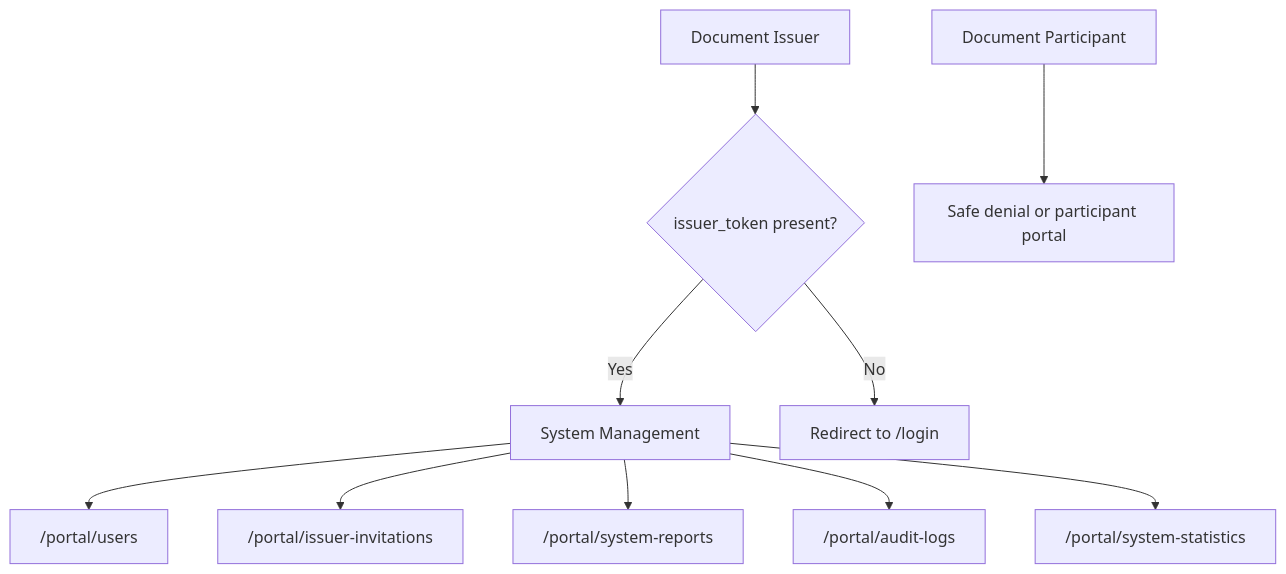
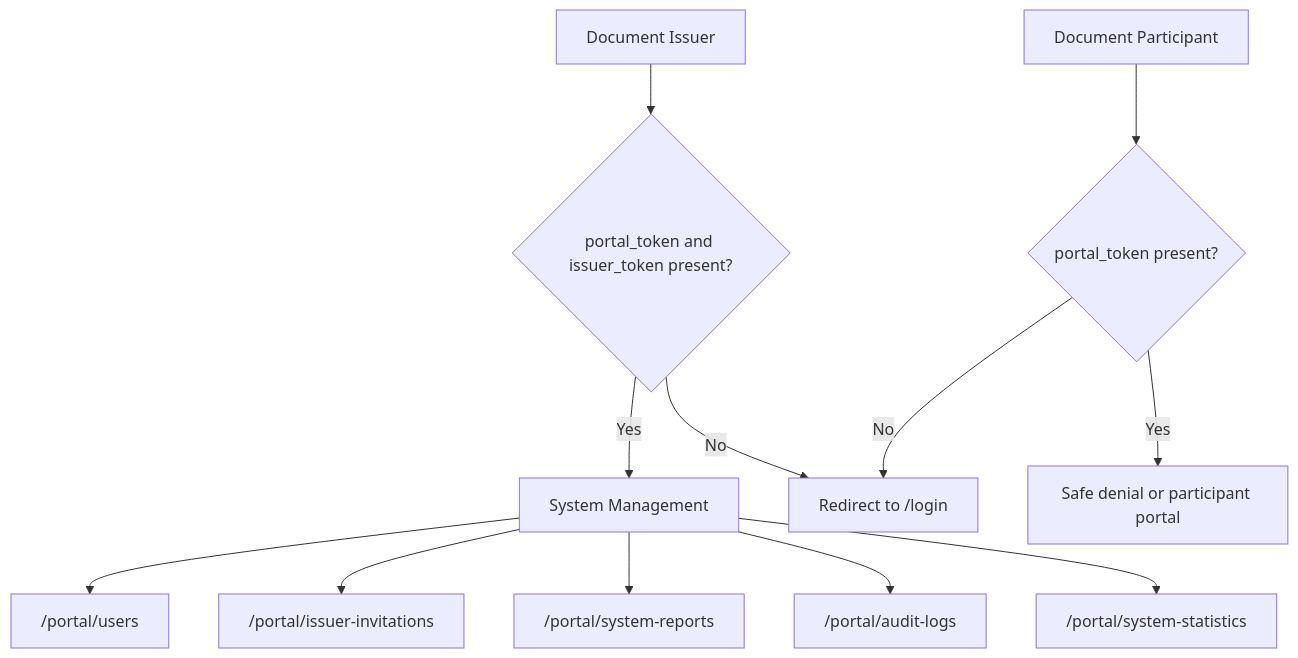
One commit to agustinelumandong/LexChain changed diagram 11 of 18 in docs/LEXCHAIN-WORKFLOW-FLOWCHARTS.md. Above: the diagram before and after it, drawn with Mermaid. The commit also changed other lines of this file and 5 other files, not shown here.

````diff
--- a/docs/LEXCHAIN-WORKFLOW-FLOWCHARTS.md
+++ b/docs/LEXCHAIN-WORKFLOW-FLOWCHARTS.md
@@ -265,12 +272,14 @@
 ```mermaid
 flowchart TD
-  Issuer[Document Issuer] --> Session{issuer_token present?}
+  Issuer[Document Issuer] --> Session{portal_token and issuer_token present?}
   Session -- Yes --> SystemManagement[System Management]
   Session -- No --> Login[Redirect to /login]
   SystemManagement --> Users["/portal/users"]
   SystemManagement --> Invitations["/portal/issuer-invitations"]
   SystemManagement --> Reports["/portal/system-reports"]
   SystemManagement --> Audit["/portal/audit-logs"]
   SystemManagement --> Statistics["/portal/system-statistics"]
-  Participant[Document Participant] --> Denied[Safe denial or participant portal]
+  Participant[Document Participant] --> ParticipantSession{portal_token present?}
+  ParticipantSession -- Yes --> Denied[Safe denial or participant portal]
+  ParticipantSession -- No --> Login
 ```
````
